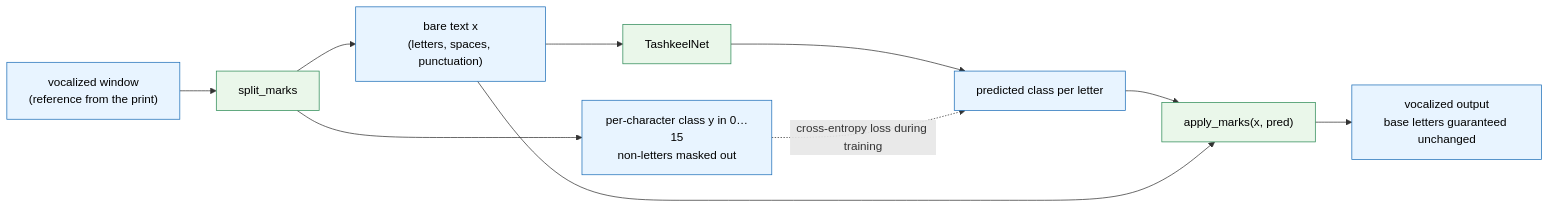
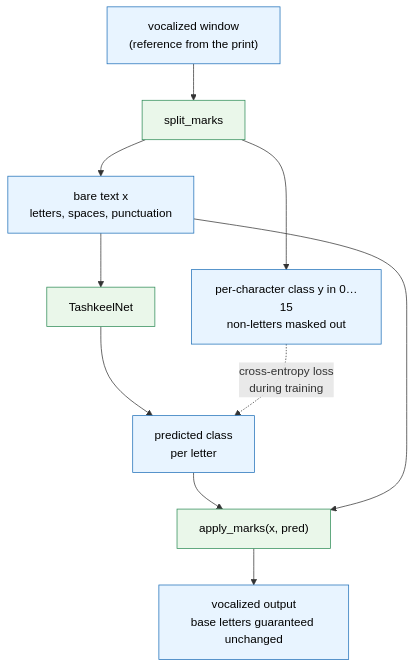
One commit to mohammadkhair7/khair-arabic-models changed the third of 14 diagrams in docs/PAPER.md. Above: the diagram before and after it, drawn with Mermaid. The commit also changed other lines of this file and 9 other files, not shown here.

````diff
--- a/docs/PAPER.md
+++ b/docs/PAPER.md
@@ -470,16 +470,16 @@
 ```mermaid
-flowchart LR
+flowchart TB
     V["vocalized window<br/>(reference from the print)"] --> S["split_marks"]
-    S --> B["bare text x<br/>(letters, spaces, punctuation)"]
+    S --> B["bare text x<br/>letters, spaces, punctuation"]
     S --> Y["per-character class y in 0…15<br/>non-letters masked out"]
     B --> N["TashkeelNet"]
-    N --> P["predicted class per letter"]
+    N --> P["predicted class<br/>per letter"]
     P --> A["apply_marks(x, pred)"]
     B --> A
     A --> O["vocalized output<br/>base letters guaranteed unchanged"]
-    Y -. "cross-entropy loss during training" .-> P
+    Y -. "cross-entropy loss<br/>during training" .-> P
     classDef data fill:#e8f4ff,stroke:#1e6fb8,color:#000
     classDef model fill:#eaf7ea,stroke:#2e8b57,color:#000
     class V,B,Y,P,O data
     class S,N,A model
 ```
````
